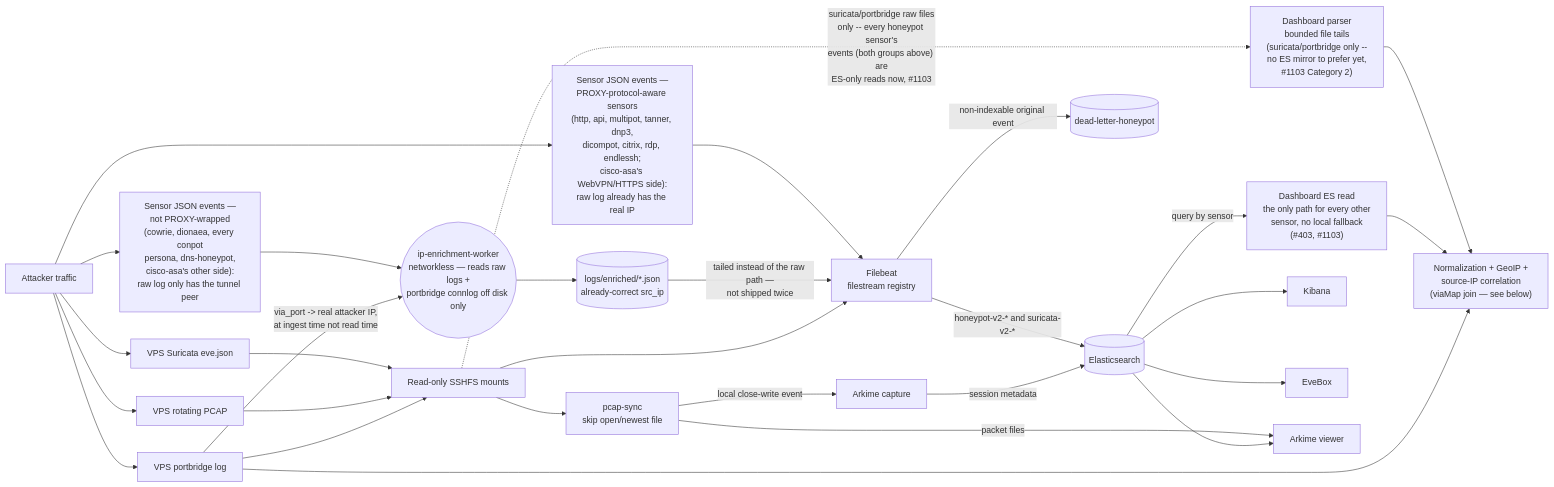
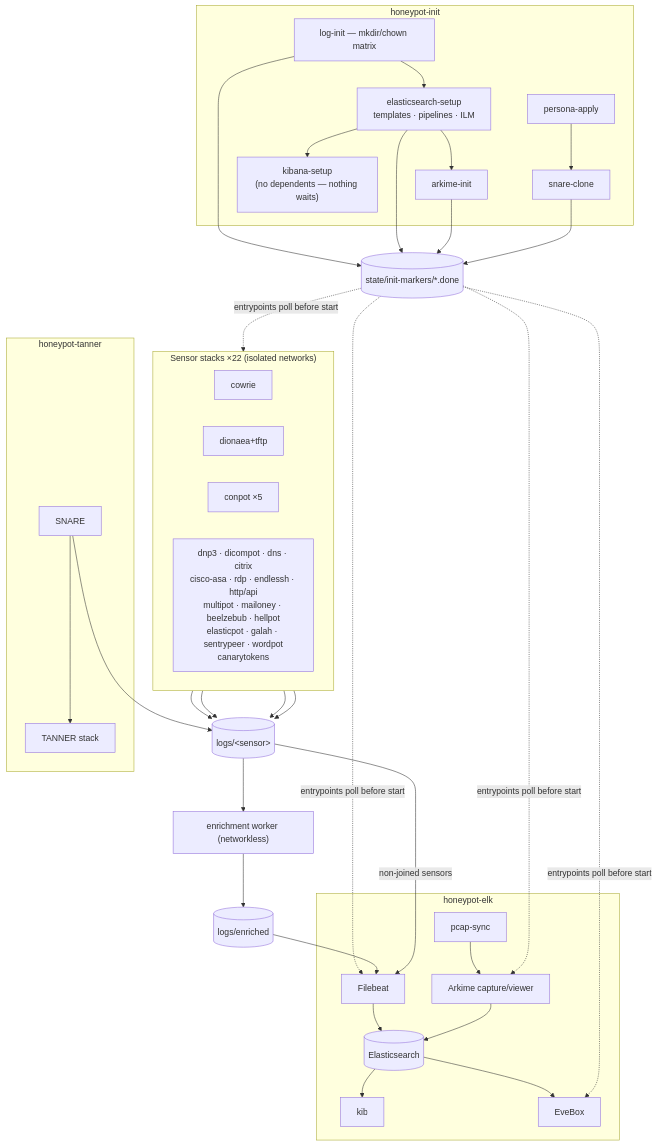
The third of 4 diagrams in docs/ARCHITECTURE.md (Xore/APIARY), drawn with Mermaid before and after one commit. The commit also changed other lines of this file and 5 other files, not shown here.

````diff
--- a/docs/ARCHITECTURE.md
+++ b/docs/ARCHITECTURE.md
@@ -533,58 +170,35 @@
 ```mermaid
-flowchart LR
-  traffic["Attacker traffic"]
-  sensorEventsProxy["Sensor JSON events —<br/>PROXY-protocol-aware sensors<br/>(http, api, multipot, tanner, dnp3,<br/>dicompot, citrix, rdp, endlessh;<br/>cisco-asa's WebVPN/HTTPS side):<br/>raw log already has the real IP"]
-  sensorEventsJoin["Sensor JSON events —<br/>not PROXY-wrapped<br/>(cowrie, dionaea, every conpot<br/>persona, dns-honeypot,<br/>cisco-asa's other side):<br/>raw log only has the tunnel peer"]
-  vpsEve["VPS Suricata eve.json"]
-  vpsPcap["VPS rotating PCAP"]
-  portLog["VPS portbridge log"]
-  sshfs["Read-only SSHFS mounts"]
-  ipEnrich(("ip-enrichment-worker<br/>networkless — reads raw logs +<br/>portbridge connlog off disk only"))
-  enrichedLogs[("logs/enriched/*.json<br/>already-correct src_ip")]
-  filebeat["Filebeat<br/>filestream registry"]
-  live["Dashboard parser<br/>bounded file tails<br/>(suricata/portbridge only --<br/>no ES mirror to prefer yet,<br/>#1103 Category 2)"]
-  esRead["Dashboard ES read<br/>the only path for every other<br/>sensor, no local fallback<br/>(#403, #1103)"]
-  normalize["Normalization + GeoIP +<br/>source-IP correlation<br/>(viaMap join — see below)"]
-  es[("Elasticsearch")]
-  dlq[("dead-letter-honeypot")]
-  kibana["Kibana"]
-  evebox["EveBox"]
-  sync["pcap-sync<br/>skip open/newest file"]
-  arkime["Arkime capture"]
-  viewer["Arkime viewer"]
+flowchart TB
+  subgraph hi["honeypot-init"]
+    loginit["log-init — mkdir/chown matrix"] --> esinit["elasticsearch-setup<br/>templates · pipelines · ILM"]
+    esinit --> arkinit["arkime-init"] & kibanainit["kibana-setup<br/>(no dependents — nothing waits)"]
+    persona["persona-apply"] --> snareclone["snare-clone"]
+  end
+  markers[("state/init-markers/*.done")]
+  loginit & esinit & arkinit & snareclone --> markers
 
-  traffic --> sensorEventsProxy
-  traffic --> sensorEventsJoin
-  traffic --> vpsEve
-  traffic --> vpsPcap
-  traffic --> portLog
+  subgraph sg["Sensor stacks ×22 (isolated networks)"]
+    direction LR
+    cow["cowrie"] & dion["dionaea+tftp"] & conp["conpot ×5"] & rest["dnp3 · dicompot · dns · citrix<br/>cisco-asa · rdp · endlessh · http/api<br/>multipot · mailoney · beelzebub · hellpot<br/>elasticpot · galah · sentrypeer · wordpot<br/>canarytokens"]
+  end
 
-  vpsEve --> sshfs
-  vpsPcap --> sshfs
-  portLog --> sshfs
+  logsT[("logs/&lt;sensor&gt;")]
+  enrichW["enrichment worker (networkless)"] --> enrichedT[("logs/enriched")]
+  logsT --> enrichW
 
-  sensorEventsJoin --> ipEnrich
-  portLog -->|"via_port -> real attacker IP,<br/>at ingest time not read time"| ipEnrich
-  ipEnrich --> enrichedLogs
+  subgraph elkS["honeypot-elk"]
+    fbeat["Filebeat"] --> esc[("Elasticsearch")]
+    esc --> kib & eve["EveBox"]
+    pcapSync["pcap-sync"] --> arkC["Arkime capture/viewer"] --> esc
+  end
 
-  sensorEventsProxy --> filebeat
-  enrichedLogs -->|"tailed instead of the raw path —<br/>not shipped twice"| filebeat
-  sshfs --> filebeat
-  filebeat -->|"honeypot-v2-* and suricata-v2-*"| es
-  filebeat -->|"non-indexable original event"| dlq
-  es --> kibana
+  subgraph tn["honeypot-tanner"]
+    snareN["SNARE"] --> tanN["TANNER stack"]
+  end
 
-  sshfs -.->|"suricata/portbridge raw files<br/>only -- every honeypot sensor's<br/>events (both groups above) are<br/>ES-only reads now, #1103"| live
-  live --> normalize
-  es -->|"query by sensor"| esRead
-  esRead --> normalize
-  portLog --> normalize
-
-  es --> evebox
-
-  sshfs --> sync
-  sync -->|"local close-write event"| arkime
-  arkime -->|"session metadata"| es
-  sync -->|"packet files"| viewer
-  es --> viewer
+  markers -.->|"entrypoints poll before start"| sg & fbeat & eve & arkC
+  cow & dion & conp & rest --> logsT
+  enrichedT --> fbeat
+  logsT -->|"non-joined sensors"| fbeat
+  snareN --> logsT
 ```
````
